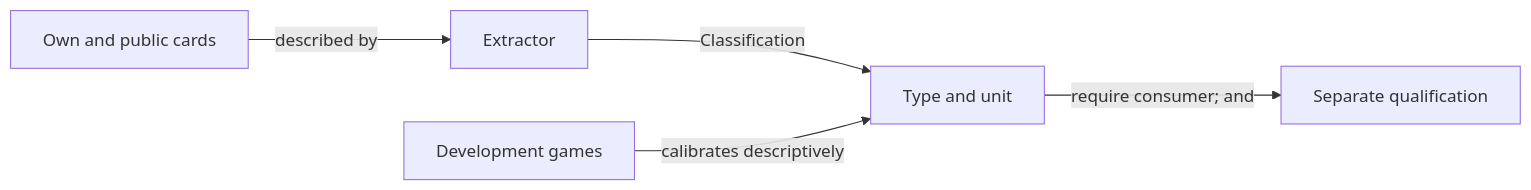
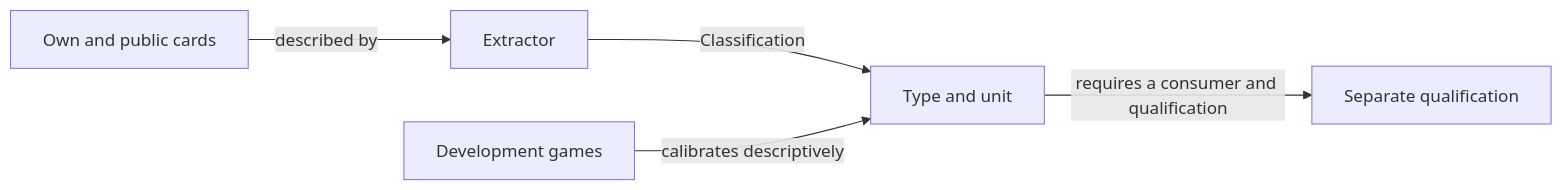
The diagram in docs/ai/ATF_HandPatternsRo.md (crististefanita/atf_j4), drawn with Mermaid before and after one commit. The commit also changed other lines of this file and 126 other files, not shown here.

````diff
--- a/docs/ai/ATF_HandPatternsRo.md
+++ b/docs/ai/ATF_HandPatternsRo.md
@@ -9,7 +9,7 @@
 ```mermaid
 flowchart LR
     OBS[Own and public cards] -->|described by| EXTRACT[Extractor]
     EXTRACT -->|Classification| PATTERN[Type and unit]
     GAMES[Development games] -->|calibrates descriptively| PATTERN
-    PATTERN -->|require consumer; and| GATE[Separate qualification]
+    PATTERN -->|requires a consumer and qualification| GATE[Separate qualification]
 ```
````
